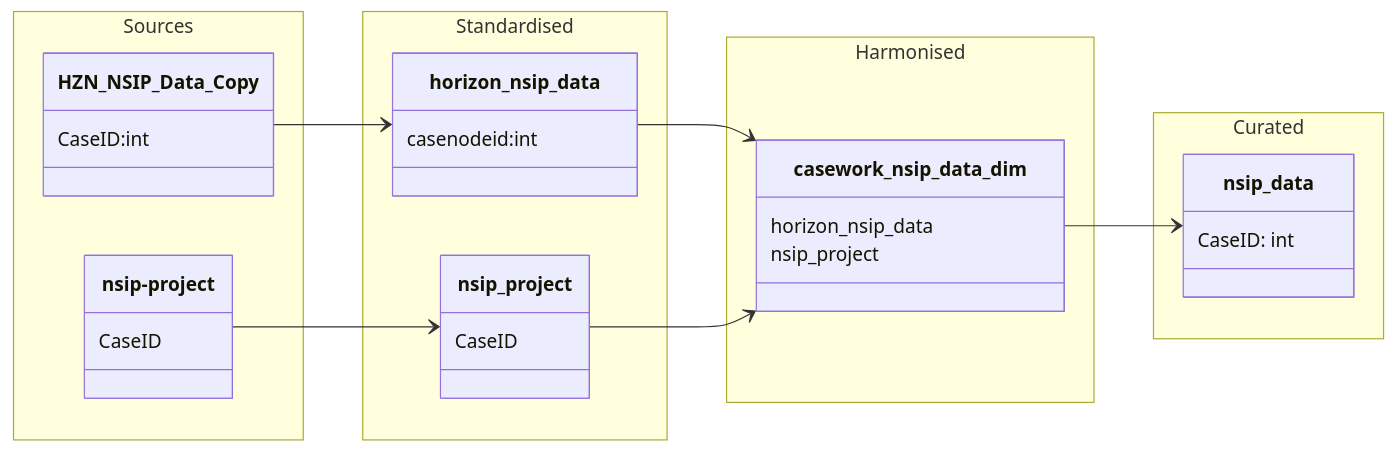
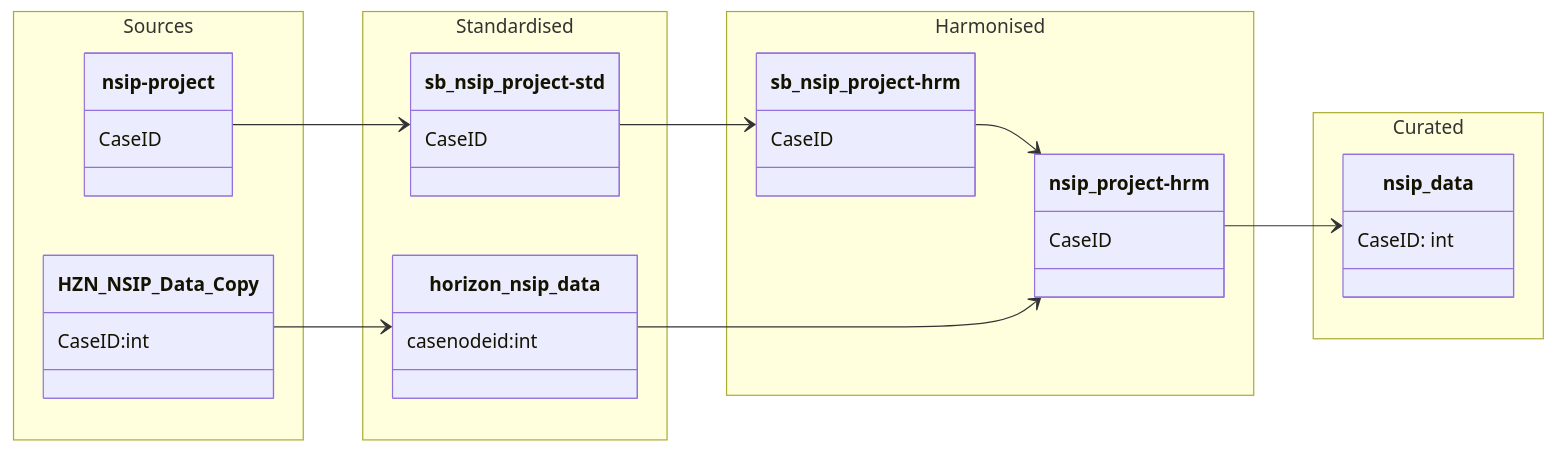
Before and after one commit to Planning-Inspectorate/ODW-Service: the diagram in data-models/nsip-project.md, drawn with Mermaid. The commit also changed 1 other file, not shown here.

Commit message:
Changes for documentation
Changes made so far. Parking to help sort out the release

````diff
--- a/data-models/nsip-project.md
+++ b/data-models/nsip-project.md
@@ -7,59 +7,61 @@
 ```mermaid
 
 classDiagram
 
     direction LR
 
     namespace Sources {
 
         class HZN_NSIP_Data_Copy {
             CaseID:int
         }
 
         class nsip-project {
             CaseID
         }
 
 
     }
     
     namespace Standardised {
 
         class horizon_nsip_data {
              casenodeid:int
         }
 
-        class nsip_project {
+        class sb_nsip_project-std {
             CaseID
         }
 
     }
 
     namespace Harmonised {
 
+        class sb_nsip_project-hrm{
+            CaseID
+        }
 
-        class casework_nsip_data_dim {
-            horizon_nsip_data
-            nsip_project
+        class nsip_project-hrm {
+            CaseID
         }
 
     }
 
     namespace Curated {
 
         class nsip_data {
             CaseID: int
         }
     }
 
 
 `HZN_NSIP_Data_Copy` --> `horizon_nsip_data`
-`nsip-project` -->`nsip_project`
+`nsip-project` -->`sb_nsip_project-std`
+`sb_nsip_project-std` -->`sb_nsip_project-hrm`
+`sb_nsip_project-hrm` -->`nsip_project-hrm`
 
-`horizon_nsip_data` --> `casework_nsip_data_dim`
+`horizon_nsip_data` -->`nsip_project-hrm`
+`nsip_project-hrm` -->`nsip_data`
 
-`nsip_project`--> `casework_nsip_data_dim`
-
-`casework_nsip_data_dim` --> `nsip_data`
 
 ```
````
